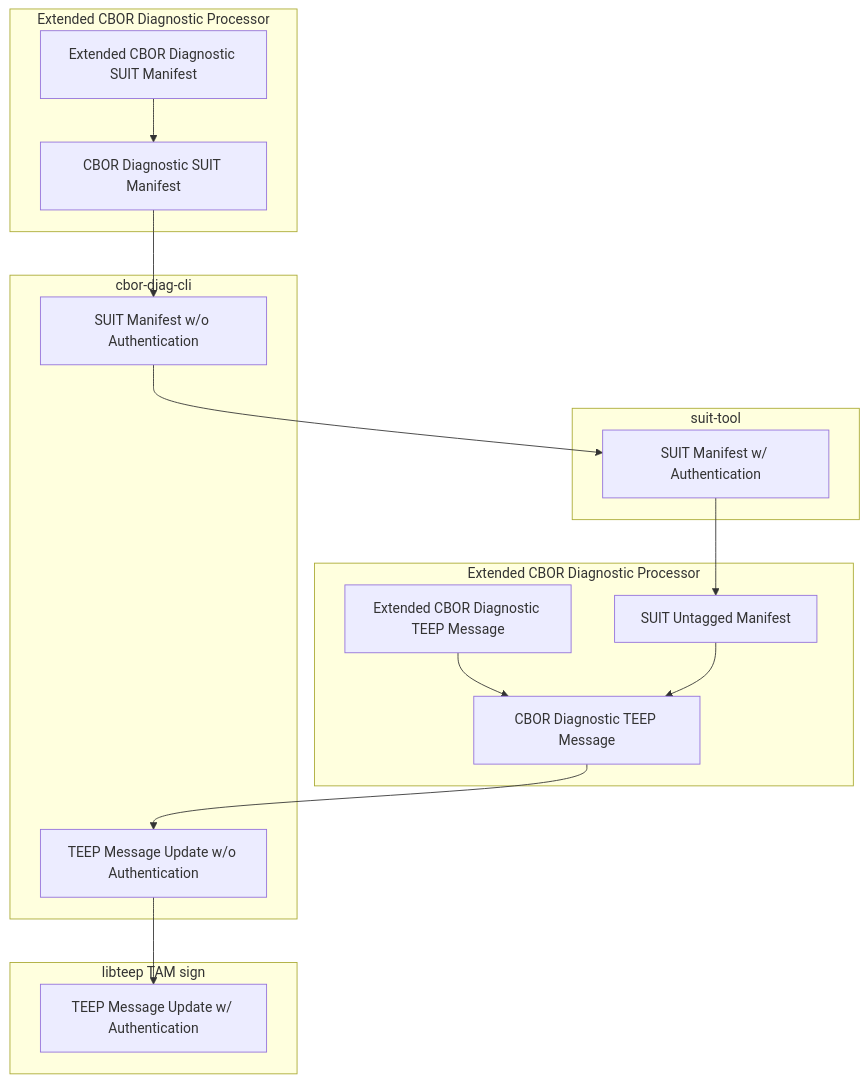
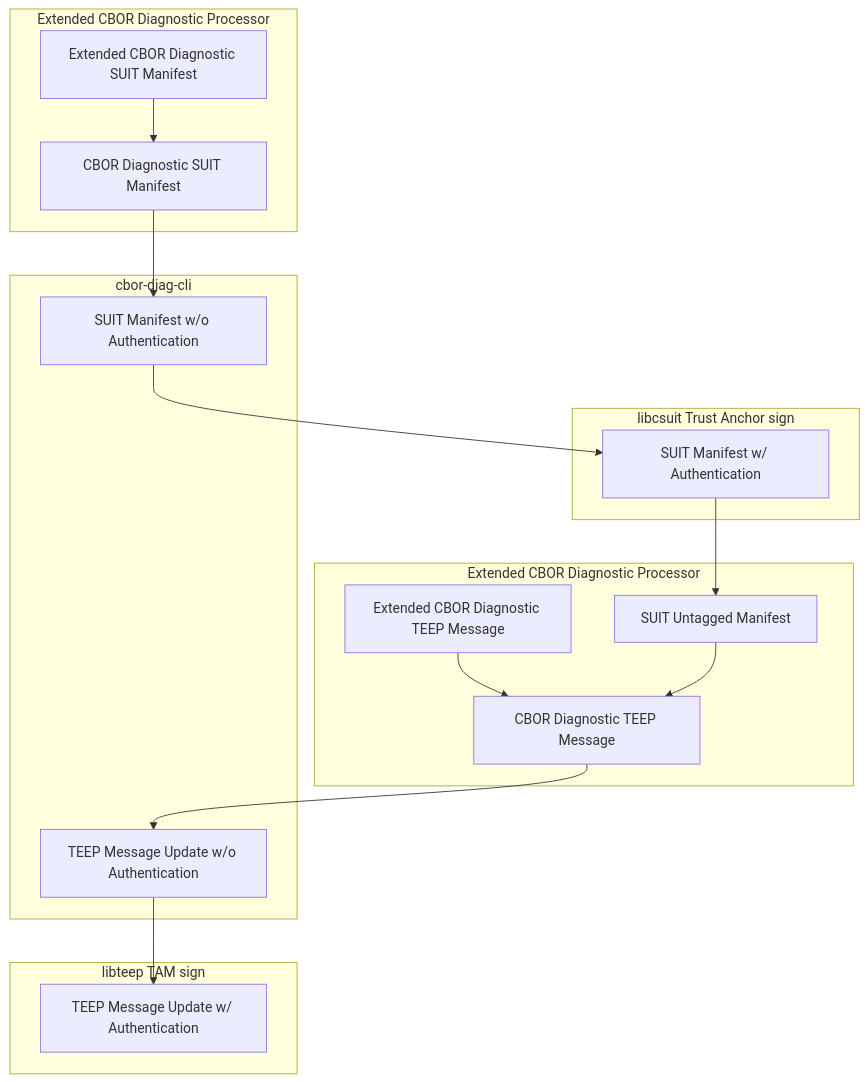
The diagram in README.md (kentakayama/suit-manifest-generator), drawn with Mermaid before and after one commit. The commit also changed other lines of this file, not shown here.

Commit message:
update: suit-tool -> libcsuit sign

````diff
--- a/README.md
+++ b/README.md
@@ -20,41 +20,41 @@
 ``` mermaid
 graph TD
 
 TM[TEEP Message Update w/ Authentication]
 TM0[TEEP Message Update w/o Authentication]
 SUM[SUIT Untagged Manifest]
 
 SM[SUIT Manifest w/ Authentication]
 SM0[SUIT Manifest w/o Authentication]
 DSM[CBOR Diagnostic SUIT Manifest]
 DTM[CBOR Diagnostic TEEP Message]
 EDSM[Extended CBOR Diagnostic SUIT Manifest]
 EDTM[Extended CBOR Diagnostic TEEP Message]
 
 subgraph Extended CBOR Diagnostic Processor
     EDSM --> DSM
 end
 
 subgraph cbor-diag-cli
     DSM --> SM0
 end
 
-subgraph suit-tool
+subgraph libcsuit Trust Anchor sign
     SM0 --> SM
 end
 
 SM --> SUM
 
 subgraph Extended CBOR Diagnostic Processor
     EDTM --> DTM
     SUM --> DTM
 end
 
 subgraph cbor-diag-cli
     DTM --> TM0
 end
 
 subgraph libteep TAM sign
     TM0 --> TM
 end
 ```
````
